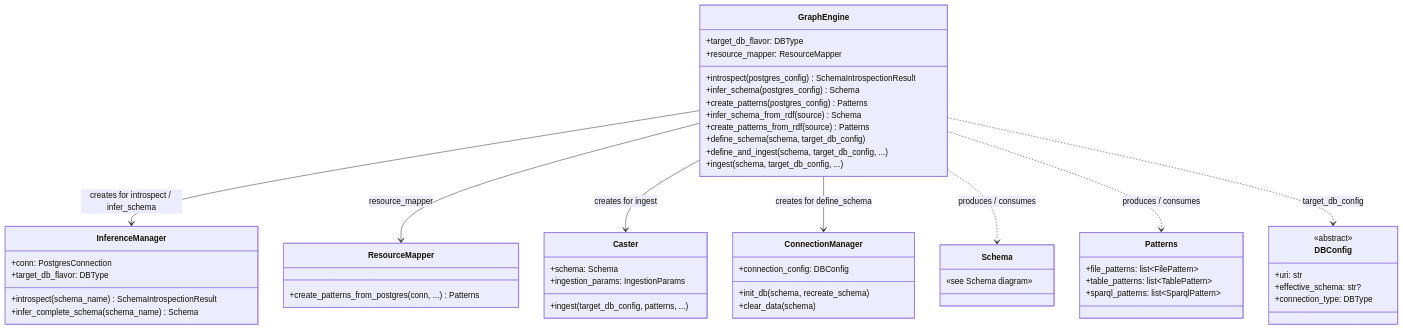
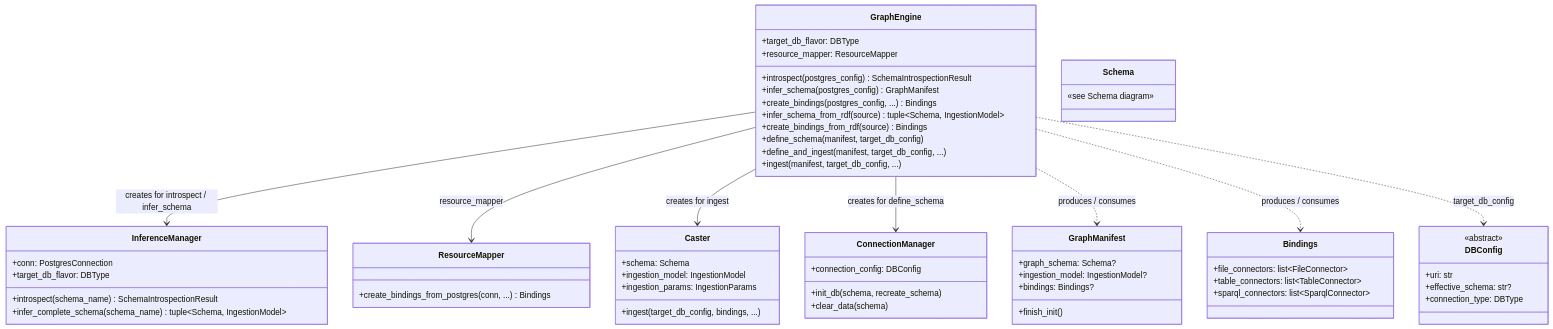
One commit to StevenBtw/graflo changed the third of 8 diagrams in docs/concepts/index.md. Above: the diagram before and after it, drawn with Mermaid. The commit also changed other lines of this file and 97 other files, not shown here.

````diff
--- a/docs/concepts/index.md
+++ b/docs/concepts/index.md
@@ -101,65 +111,73 @@
 ```mermaid
 classDiagram
     direction TB
 
     class GraphEngine {
         +target_db_flavor: DBType
         +resource_mapper: ResourceMapper
         +introspect(postgres_config) SchemaIntrospectionResult
-        +infer_schema(postgres_config) Schema
-        +create_patterns(postgres_config) Patterns
-        +infer_schema_from_rdf(source) Schema
-        +create_patterns_from_rdf(source) Patterns
-        +define_schema(schema, target_db_config)
-        +define_and_ingest(schema, target_db_config, ...)
-        +ingest(schema, target_db_config, ...)
+        +infer_schema(postgres_config) GraphManifest
+        +create_bindings(postgres_config, ...) Bindings
+        +infer_schema_from_rdf(source) tuple~Schema, IngestionModel~
+        +create_bindings_from_rdf(source) Bindings
+        +define_schema(manifest, target_db_config)
+        +define_and_ingest(manifest, target_db_config, ...)
+        +ingest(manifest, target_db_config, ...)
     }
 
     class InferenceManager {
         +conn: PostgresConnection
         +target_db_flavor: DBType
         +introspect(schema_name) SchemaIntrospectionResult
-        +infer_complete_schema(schema_name) Schema
+        +infer_complete_schema(schema_name) tuple~Schema, IngestionModel~
     }
 
     class ResourceMapper {
-        +create_patterns_from_postgres(conn, ...) Patterns
+        +create_bindings_from_postgres(conn, ...) Bindings
     }
 
     class Caster {
         +schema: Schema
+        +ingestion_model: IngestionModel
         +ingestion_params: IngestionParams
-        +ingest(target_db_config, patterns, ...)
+        +ingest(target_db_config, bindings, ...)
     }
 
     class ConnectionManager {
         +connection_config: DBConfig
         +init_db(schema, recreate_schema)
         +clear_data(schema)
     }
 
     class Schema {
         «see Schema diagram»
     }
 
-    class Patterns {
-        +file_patterns: list~FilePattern~
-        +table_patterns: list~TablePattern~
-        +sparql_patterns: list~SparqlPattern~
+    class GraphManifest {
+        +graph_schema: Schema?
+        +ingestion_model: IngestionModel?
+        +bindings: Bindings?
+        +finish_init()
+    }
+
+    class Bindings {
+        +file_connectors: list~FileConnector~
+        +table_connectors: list~TableConnector~
+        +sparql_connectors: list~SparqlConnector~
     }
 
     class DBConfig {
         <<abstract>>
         +uri: str
         +effective_schema: str?
         +connection_type: DBType
     }
 
     GraphEngine --> InferenceManager : creates for introspect / infer_schema
     GraphEngine --> ResourceMapper : resource_mapper
     GraphEngine --> Caster : creates for ingest
     GraphEngine --> ConnectionManager : creates for define_schema
-    GraphEngine ..> Schema : produces / consumes
-    GraphEngine ..> Patterns : produces / consumes
+    GraphEngine ..> GraphManifest : produces / consumes
+    GraphEngine ..> Bindings : produces / consumes
     GraphEngine ..> DBConfig : target_db_config
 ```
````
